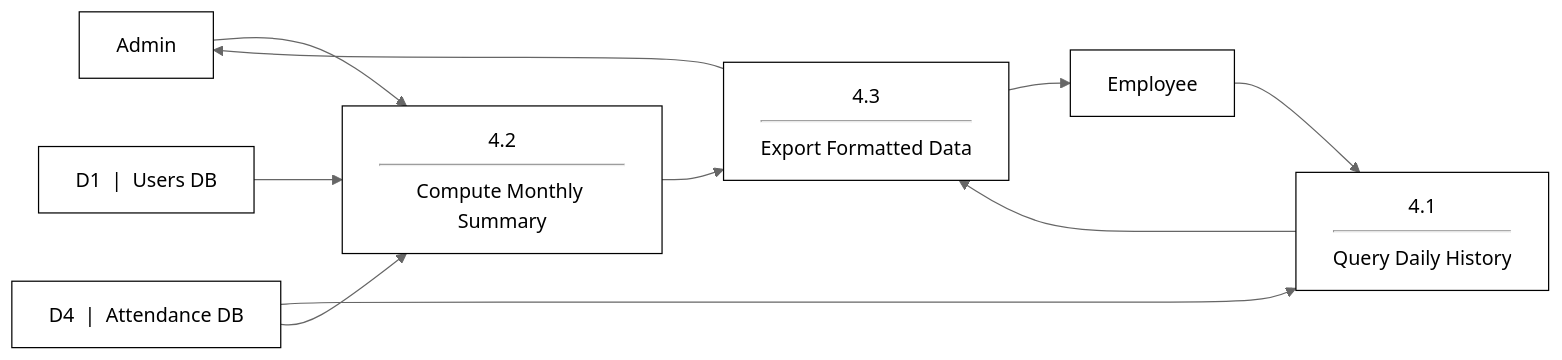
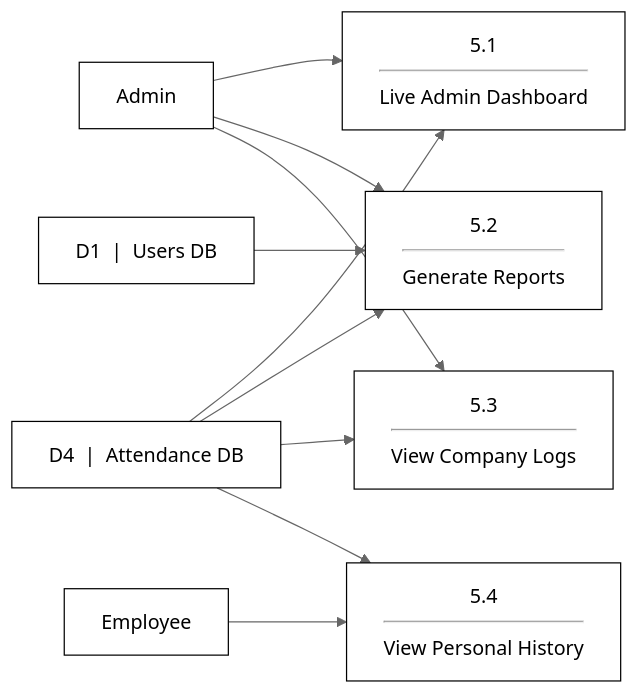
One commit to Touy2004/palm-back-end changed the tenth of 14 diagrams in USER_MANUAL.md. Above: the diagram before and after it, drawn with Mermaid (neutral theme). The commit also changed other lines of this file, not shown here.

Commit message:
docs: update system architecture and data flow diagrams in user manual

````diff
--- a/USER_MANUAL.md
+++ b/USER_MANUAL.md
@@ -429,29 +473,30 @@
 ```mermaid
 flowchart LR
     Admin[Admin]:::entity
     Employee[Employee]:::entity
     
-    P4_1["4.1<hr/>Query Daily History"]:::process
-    P4_2["4.2<hr/>Compute Monthly Summary"]:::process
-    P4_3["4.3<hr/>Export Formatted Data"]:::process
+    P5_1["5.1<hr/>Live Admin Dashboard"]:::process
+    P5_2["5.2<hr/>Generate Reports"]:::process
+    P5_3["5.3<hr/>View Company Logs"]:::process
+    P5_4["5.4<hr/>View Personal History"]:::process
     
     D1["D1 &nbsp;|&nbsp; Users DB"]:::datastore
     D4["D4 &nbsp;|&nbsp; Attendance DB"]:::datastore
     
-    Employee --> P4_1
-    Admin --> P4_2
+    Admin --> P5_1
+    D4 --> P5_1
     
-    D4 --> P4_1
-    D4 --> P4_2
-    D1 --> P4_2
+    Admin --> P5_2
+    D4 --> P5_2
+    D1 --> P5_2
     
-    P4_1 --> P4_3
-    P4_2 --> P4_3
+    Admin --> P5_3
+    D4 --> P5_3
     
-    P4_3 --> Admin
-    P4_3 --> Employee
+    Employee --> P5_4
+    D4 --> P5_4
 
     classDef entity fill:#fff,stroke:#000,stroke-width:1px,shape:rect,color:#000
     classDef process fill:#fff,stroke:#000,stroke-width:1px,shape:rect,color:#000
     classDef datastore fill:#fff,stroke:#000,stroke-width:1px,shape:rect,color:#000
 ```
````
